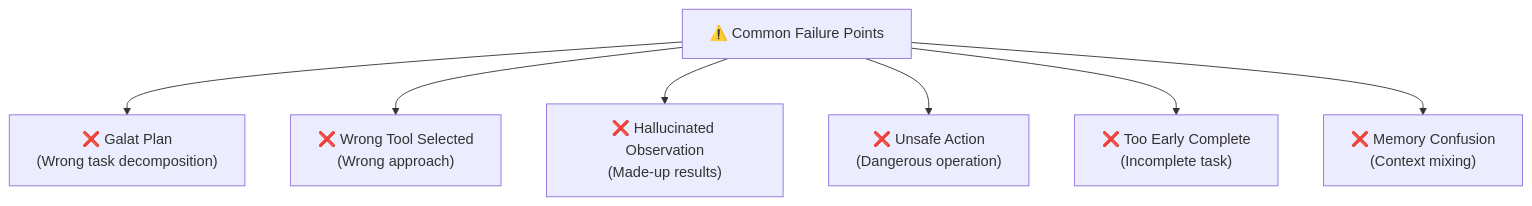
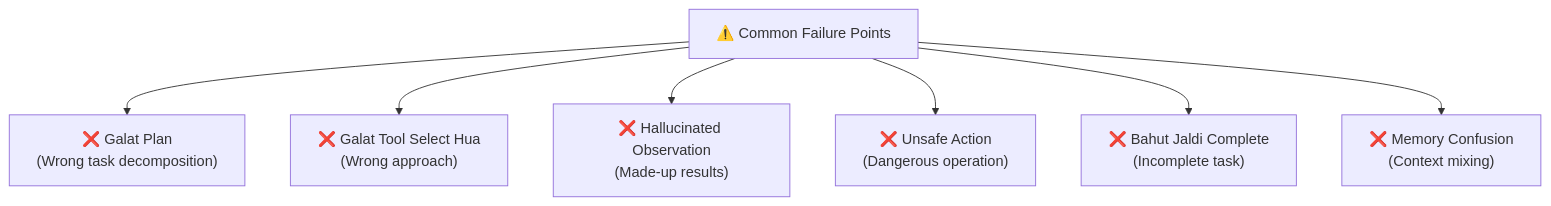
Diagram 12 of 15 in docs/agentic_ai_learning/00_Foundations/Agentic_AI_Guide.md (Sameer-Malik20/SusaGPT-Build-LLM-From-Scratch-With-Hinglish-Learning-Material), drawn with Mermaid before and after one commit. The commit also changed other lines of this file and 25 other files, not shown here.

````diff
--- a/docs/agentic_ai_learning/00_Foundations/Agentic_AI_Guide.md
+++ b/docs/agentic_ai_learning/00_Foundations/Agentic_AI_Guide.md
@@ -412,9 +412,9 @@
 ```mermaid
 flowchart TD
     F["⚠️ Common Failure Points"] --> A["❌ Galat Plan\n(Wrong task decomposition)"]
-    F --> B["❌ Wrong Tool Selected\n(Wrong approach)"]
+    F --> B["❌ Galat Tool Select Hua\n(Wrong approach)"]
     F --> C["❌ Hallucinated Observation\n(Made-up results)"]
     F --> D["❌ Unsafe Action\n(Dangerous operation)"]
-    F --> E["❌ Too Early Complete\n(Incomplete task)"]
+    F --> E["❌ Bahut Jaldi Complete\n(Incomplete task)"]
     F --> G["❌ Memory Confusion\n(Context mixing)"]
 ```
````
